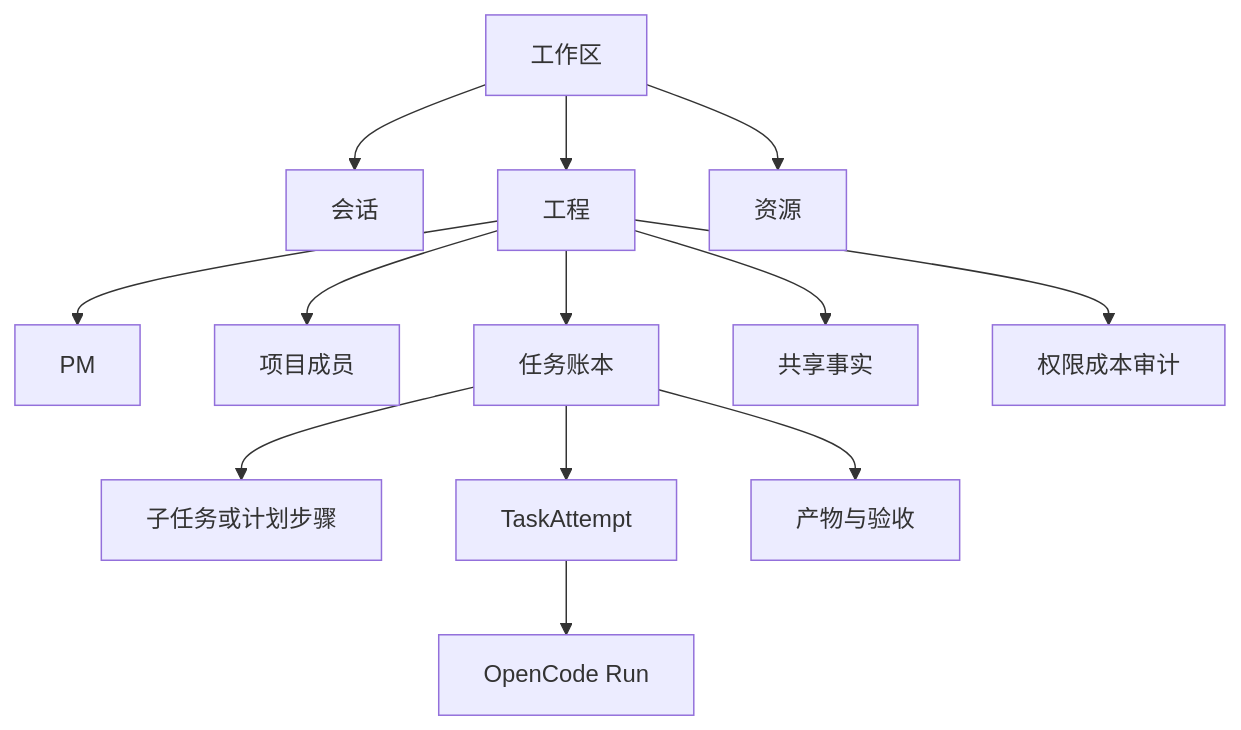
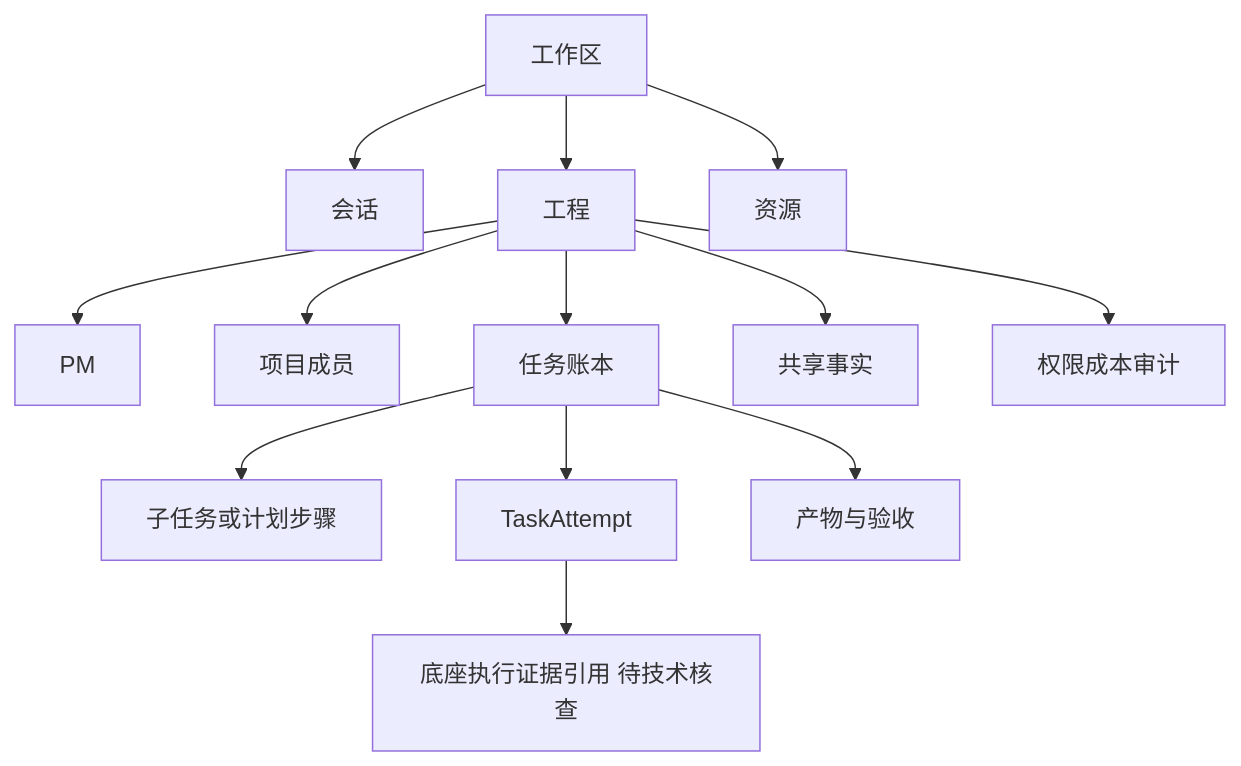
One commit to liu629711-spec/Magic changed the fifth of 5 diagrams in docs/01-产品/PRD-01-Magic产品总览.md. Above: the diagram before and after it, drawn with Mermaid. The commit also changed other lines of this file and 199 other files, not shown here.

````diff
--- a/docs/01-产品/PRD-01-Magic产品总览.md
+++ b/docs/01-产品/PRD-01-Magic产品总览.md
@@ -212,15 +212,15 @@
 ```mermaid
 flowchart TD
   W[工作区] --> S[会话]
   W --> P[工程]
   W --> R[资源]
   P --> PM[PM]
   P --> M[项目成员]
   P --> T[任务账本]
   T --> ST[子任务或计划步骤]
   T --> AT[TaskAttempt]
-  AT --> RUN[OpenCode Run]
+  AT --> RUN[底座执行证据引用 待技术核查]
   T --> AR[产物与验收]
   P --> F[共享事实]
   P --> G[权限成本审计]
 ```
````
